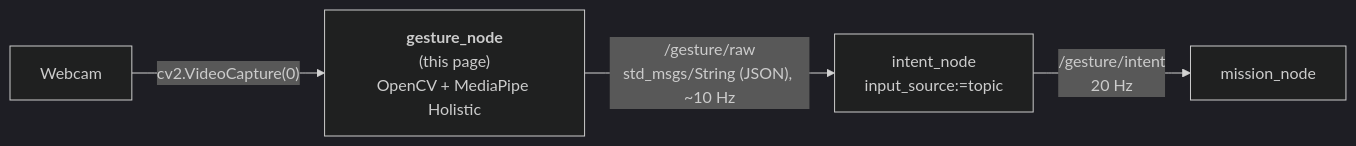
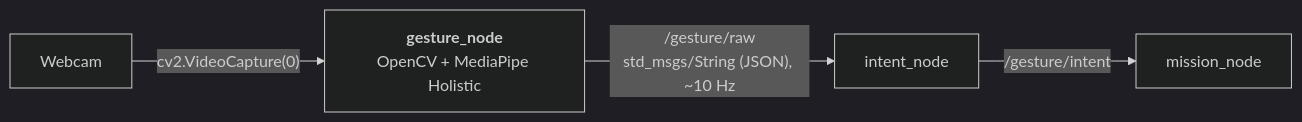
Before and after one commit to SEAME-pt/SEA-ME_Team1_ROSRangers: the diagram in docs/PraticalPlan/06 Gestures/02 Gesture Node.md, drawn with Mermaid (dark theme). The commit also changed other lines of this file and 6 other files, not shown here.

````diff
--- a/docs/PraticalPlan/06 Gestures/02 Gesture Node.md
+++ b/docs/PraticalPlan/06 Gestures/02 Gesture Node.md
@@ -36,6 +31,6 @@
 ```mermaid
 flowchart LR
-  W[Webcam] -->|"cv2.VideoCapture(0)"| G["<b>gesture_node</b><br/>(this page)<br/>OpenCV + MediaPipe Holistic"]
-  G -->|"/gesture/raw<br/>std_msgs/String (JSON), ~10 Hz"| I["intent_node<br/>input_source:=topic"]
-  I -->|"/gesture/intent<br/>20 Hz"| M["mission_node"]
+  W[Webcam] -->|"cv2.VideoCapture(0)"| G["<b>gesture_node</b><br/>OpenCV + MediaPipe Holistic"]
+  G -->|"/gesture/raw<br/>std_msgs/String (JSON), ~10 Hz"| I["intent_node"]
+  I -->|"/gesture/intent"| M["mission_node"]
 ```
````
